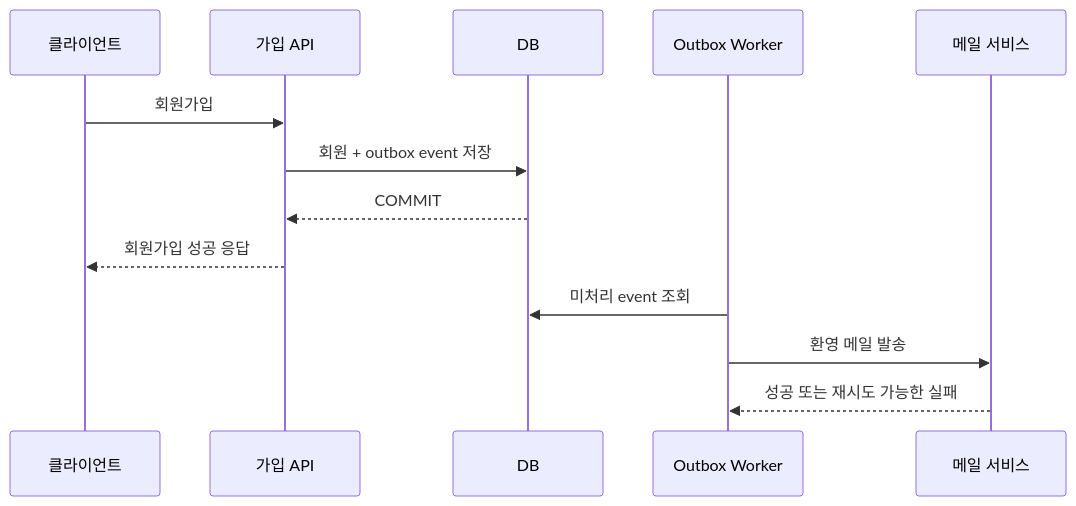
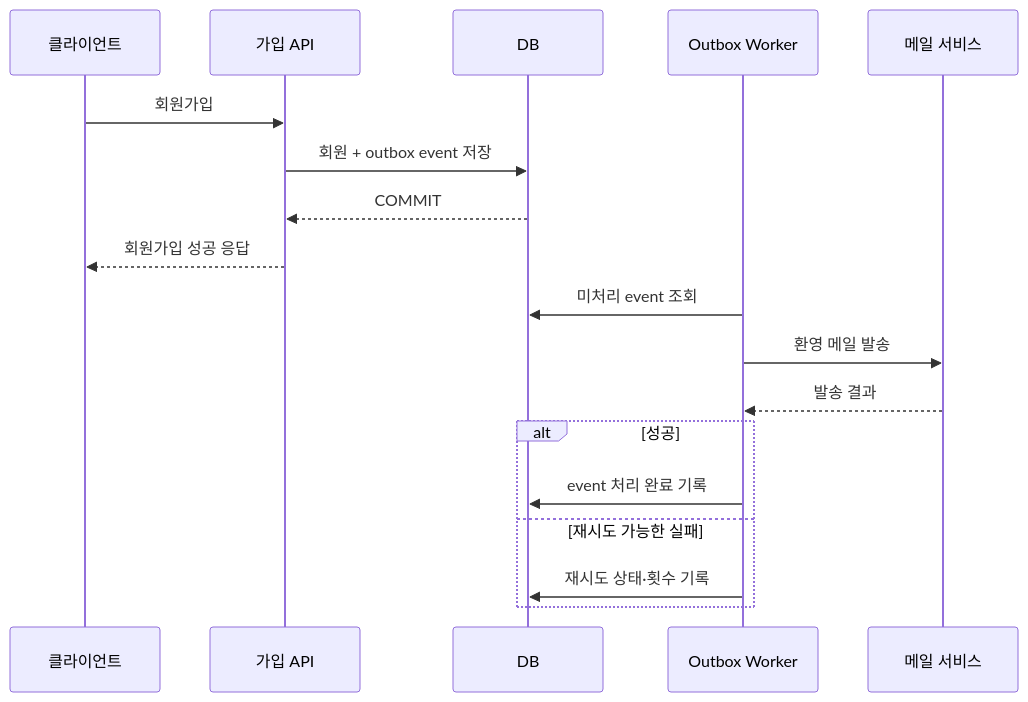
Before and after one commit to devholic22/logistics-backend-study: the second of 2 diagrams in books/주니어-백엔드-개발자가-반드시-알아야-할-실무-지식/03-성능을-좌우하는-db-설계와-쿼리/4-실패와-트랜잭션-고려하기.md, drawn with Mermaid. The commit also changed other lines of this file, not shown here.

Commit message:
docs: outbox 처리 완료 흐름 보강

````diff
--- a/books/주니어-백엔드-개발자가-반드시-알아야-할-실무-지식/03-성능을-좌우하는-db-설계와-쿼리/4-실패와-트랜잭션-고려하기.md
+++ b/books/주니어-백엔드-개발자가-반드시-알아야-할-실무-지식/03-성능을-좌우하는-db-설계와-쿼리/4-실패와-트랜잭션-고려하기.md
@@ -48,16 +48,21 @@
 ```mermaid
 sequenceDiagram
     participant C as 클라이언트
     participant A as 가입 API
     participant D as DB
     participant W as Outbox Worker
     participant M as 메일 서비스
 
     C->>A: 회원가입
     A->>D: 회원 + outbox event 저장
     D-->>A: COMMIT
     A-->>C: 회원가입 성공 응답
     W->>D: 미처리 event 조회
     W->>M: 환영 메일 발송
-    M-->>W: 성공 또는 재시도 가능한 실패
+    M-->>W: 발송 결과
+    alt 성공
+        W->>D: event 처리 완료 기록
+    else 재시도 가능한 실패
+        W->>D: 재시도 상태·횟수 기록
+    end
 ```
````
